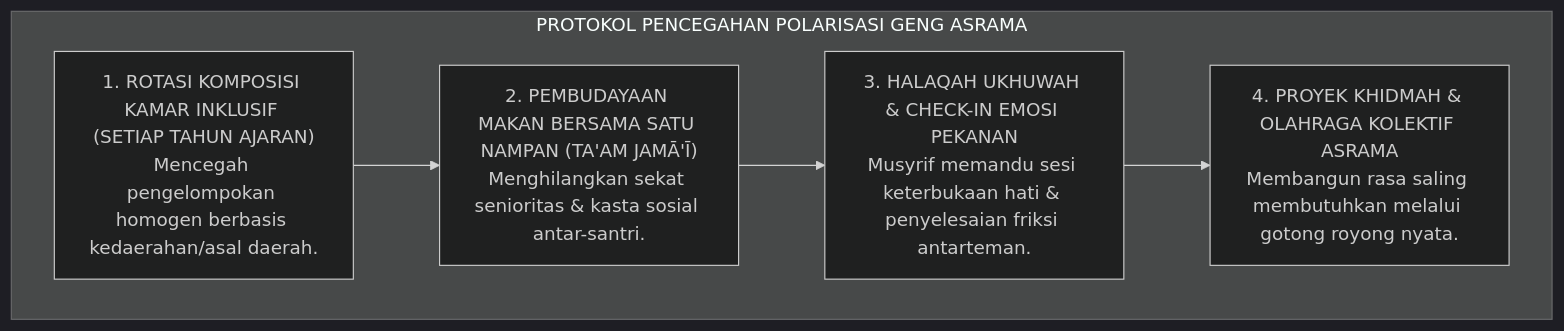
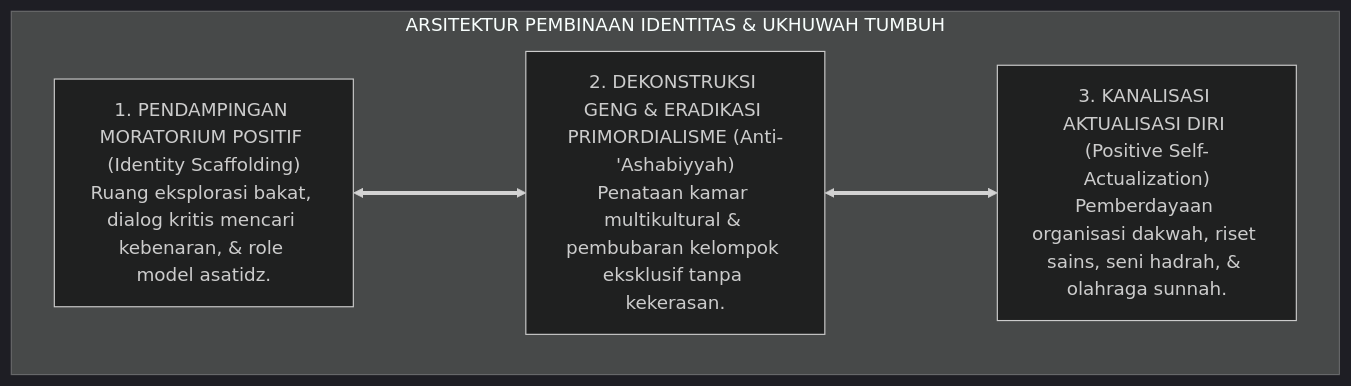
One commit to wandiapriliyandi/tumbuh changed the second of 3 diagrams in 02 Principles/04 Development Principles/P2-04-05-Prinsip-Navigasi-Krisis-Identitas-dan-Resistensi-Sebaya.md. Above: the diagram before and after it, drawn with Mermaid (dark theme). The commit also changed other lines of this file and 7 other files, not shown here.

````diff
--- a/02 Principles/04 Development Principles/P2-04-05-Prinsip-Navigasi-Krisis-Identitas-dan-Resistensi-Sebaya.md
+++ b/02 Principles/04 Development Principles/P2-04-05-Prinsip-Navigasi-Krisis-Identitas-dan-Resistensi-Sebaya.md
@@ -114,14 +119,13 @@
 ```mermaid
 flowchart TD
-    subgraph ProtokolPencegahanGengAsrama["PROTOKOL PENCEGAHAN POLARISASI GENG ASRAMA"]
-        RotasiKamar["1. ROTASI KOMPOSISI KAMAR INKLUSIF (SETIAP TAHUN AJARAN)<br/>Mencegah pengelompokan homogen berbasis kedaerahan/asal daerah."]
+    subgraph ArsitekturIdentitasTUMBUH["ARSITEKTUR PEMBINAAN IDENTITAS & UKHUWAH TUMBUH"]
         
-        TradisiNampan["2. PEMBUDAYAAN MAKAN BERSAMA SATU NAMPAN (TA'AM JAMĀ'Ī)<br/>Menghilangkan sekat senioritas & kasta sosial antar-santri."]
+        H1_Sayap["1. PENDAMPINGAN MORATORIUM POSITIF (Identity Scaffolding)<br/>Ruang eksplorasi bakat, dialog kritis mencari kebenaran, & role model asatidz."]
         
-        CircleMalam["3. HALAQAH UKHUWAH & CHECK-IN EMOSI PEKANAN<br/>Musyrif memandu sesi keterbukaan hati & penyelesaian friksi antarteman."]
+        H2_Sayap["2. DEKONSTRUKSI GENG & ERADIKASI PRIMORDIALISME (Anti-'Ashabiyyah)<br/>Penataan kamar multikultural & pembubaran kelompok eksklusif tanpa kekerasan."]
         
-        ProyekBersama["4. PROYEK KHIDMAH & OLAHRAGA KOLEKTIF ASRAMA<br/>Membangun rasa saling membutuhkan melalui gotong royong nyata."]
+        H3_Sayap["3. KANALISASI AKTUALISASI DIRI (Positive Self-Actualization)<br/>Pemberdayaan organisasi dakwah, riset sains, seni hadrah, & olahraga sunnah."]
         
-        RotasiKamar --> TradisiNampan --> CircleMalam --> ProyekBersama
+        H1_Sayap <===> H2_Sayap <===> H3_Sayap
     end
 ```
````
